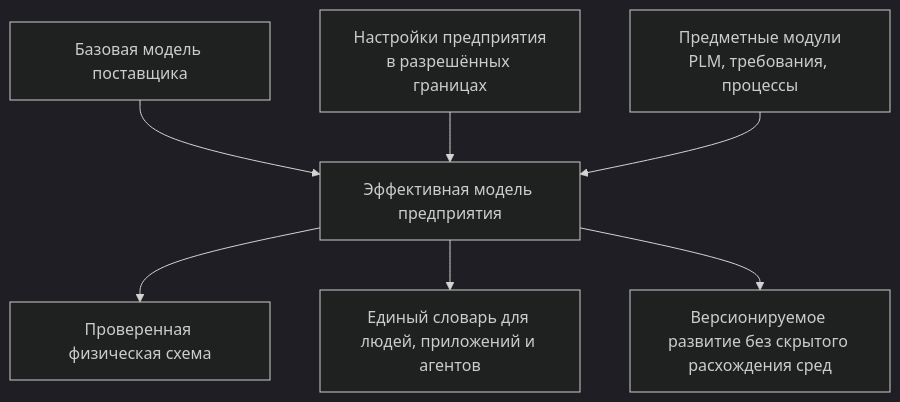
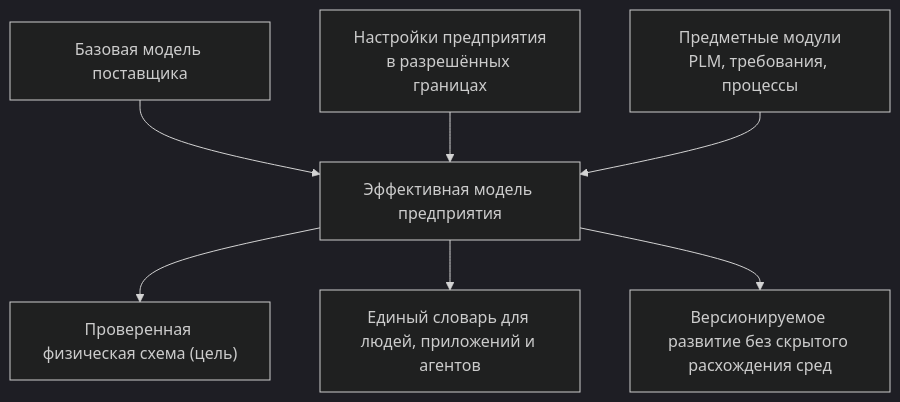
The diagram in docs/data-structure/01-type-system-vision.md (ZelAnton/Interlink-product-book), drawn with Mermaid (dark theme) before and after one commit. The commit also changed other lines of this file and 231 other files, not shown here.

````diff
--- a/docs/data-structure/01-type-system-vision.md
+++ b/docs/data-structure/01-type-system-vision.md
@@ -18,9 +20,9 @@
 ```mermaid
 flowchart TD
     A["Базовая модель поставщика"] --> D["Эффективная модель предприятия"]
     B["Настройки предприятия<br/>в разрешённых границах"] --> D
     C["Предметные модули<br/>PLM, требования, процессы"] --> D
-    D --> E["Проверенная физическая схема"]
+    D --> E["Проверенная физическая схема (цель)"]
     D --> F["Единый словарь для людей, приложений и агентов"]
     D --> G["Версионируемое развитие без скрытого расхождения сред"]
 ```
````
